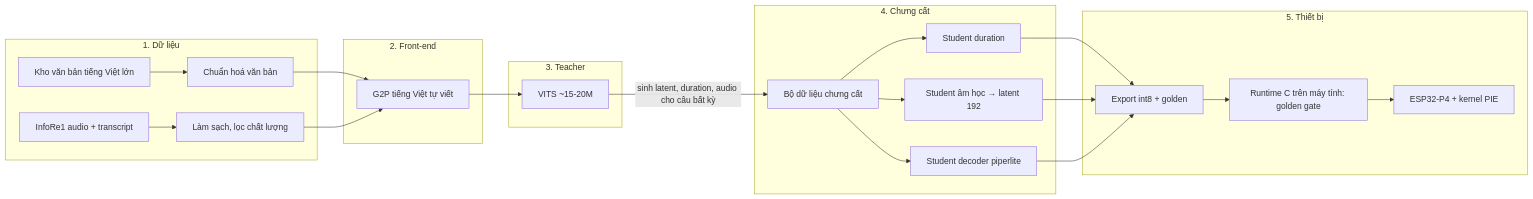
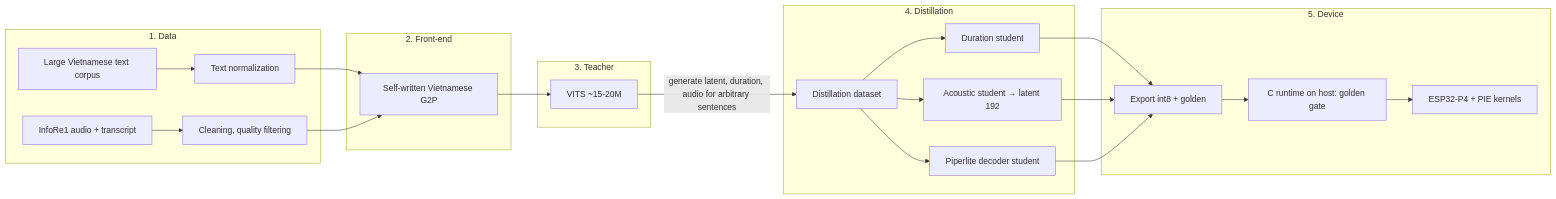
The first of 2 diagrams in docs/design/specs/2026-11-14-vietnamese-tts-p4-design.md (tuanpmt/vtts), drawn with Mermaid before and after one commit. The commit also changed other lines of this file and 6 other files, not shown here.

````diff
--- a/docs/design/specs/2026-11-14-vietnamese-tts-p4-design.md
+++ b/docs/design/specs/2026-11-14-vietnamese-tts-p4-design.md
@@ -97,25 +97,25 @@
 ```mermaid
 flowchart LR
-    subgraph Data["1. Dữ liệu"]
-        RAW[InfoRe1 audio + transcript] --> CLEAN[Làm sạch, lọc chất lượng]
-        TXT[Kho văn bản tiếng Việt lớn] --> NORM
+    subgraph Data["1. Data"]
+        RAW[InfoRe1 audio + transcript] --> CLEAN[Cleaning, quality filtering]
+        TXT[Large Vietnamese text corpus] --> NORM
     end
     subgraph Front["2. Front-end"]
-        NORM[Chuẩn hoá văn bản] --> G2P[G2P tiếng Việt tự viết]
+        NORM[Text normalization] --> G2P[Self-written Vietnamese G2P]
     end
     CLEAN --> G2P
     subgraph Teacher["3. Teacher"]
         G2P --> VITS[VITS ~15-20M]
     end
-    subgraph Distill["4. Chưng cất"]
-        VITS -->|sinh latent, duration, audio cho câu bất kỳ| PACK[Bộ dữ liệu chưng cất]
-        PACK --> DUR[Student duration]
-        PACK --> LAT[Student âm học → latent 192]
-        PACK --> DEC[Student decoder piperlite]
+    subgraph Distill["4. Distillation"]
+        VITS -->|generate latent, duration, audio for arbitrary sentences| PACK[Distillation dataset]
+        PACK --> DUR[Duration student]
+        PACK --> LAT[Acoustic student → latent 192]
+        PACK --> DEC[Piperlite decoder student]
     end
-    subgraph Device["5. Thiết bị"]
+    subgraph Device["5. Device"]
         DUR & LAT & DEC --> Q8[Export int8 + golden]
-        Q8 --> HOST[Runtime C trên máy tính: golden gate]
-        HOST --> P4[ESP32-P4 + kernel PIE]
+        Q8 --> HOST[C runtime on host: golden gate]
+        HOST --> P4[ESP32-P4 + PIE kernels]
     end
 ```
````
